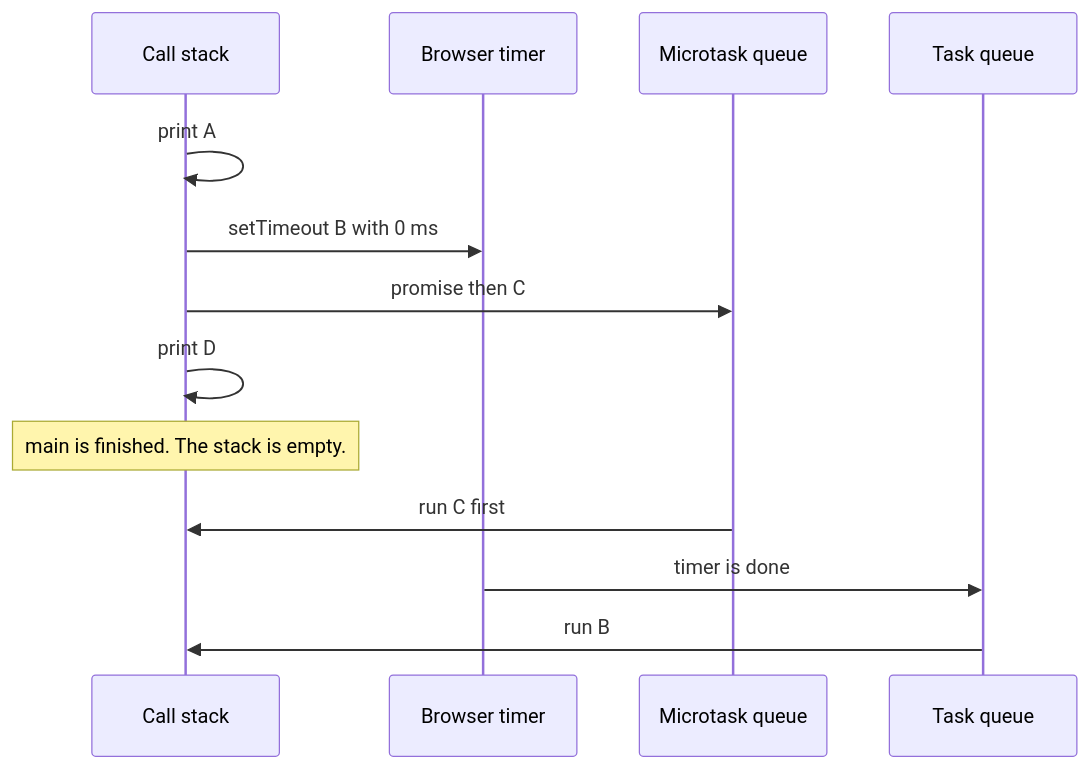
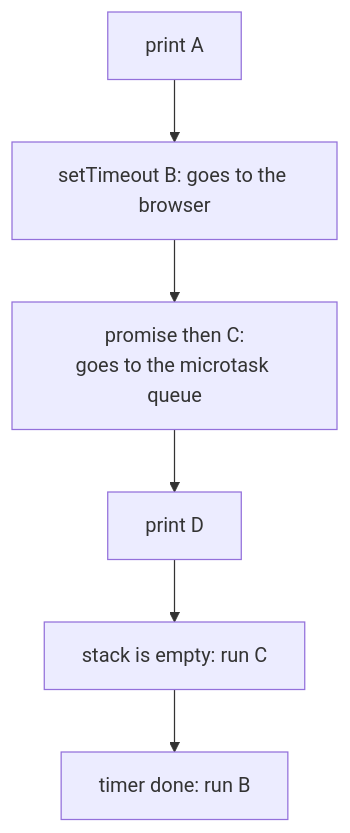
One commit to starjustice/research-material changed the second of 4 diagrams in learn/javascript/11-the-event-loop.md. Above: the diagram before and after it, drawn with Mermaid. The commit also changed other lines of this file, not shown here.

````diff
--- a/learn/javascript/11-the-event-loop.md
+++ b/learn/javascript/11-the-event-loop.md
@@ -58,15 +54,8 @@
 ```mermaid
-sequenceDiagram
-    participant S as Call stack
-    participant W as Browser timer
-    participant M as Microtask queue
-    participant T as Task queue
-    S->>S: print A
-    S->>W: setTimeout B with 0 ms
-    S->>M: promise then C
-    S->>S: print D
-    Note over S: main is finished. The stack is empty.
-    M->>S: run C first
-    W->>T: timer is done
-    T->>S: run B
+graph TB
+    A["print A"] --> B["setTimeout B: goes to the browser"]
+    B --> C["promise then C:<br/>goes to the microtask queue"]
+    C --> D["print D"]
+    D --> E["stack is empty: run C"]
+    E --> F["timer done: run B"]
 ```
````
